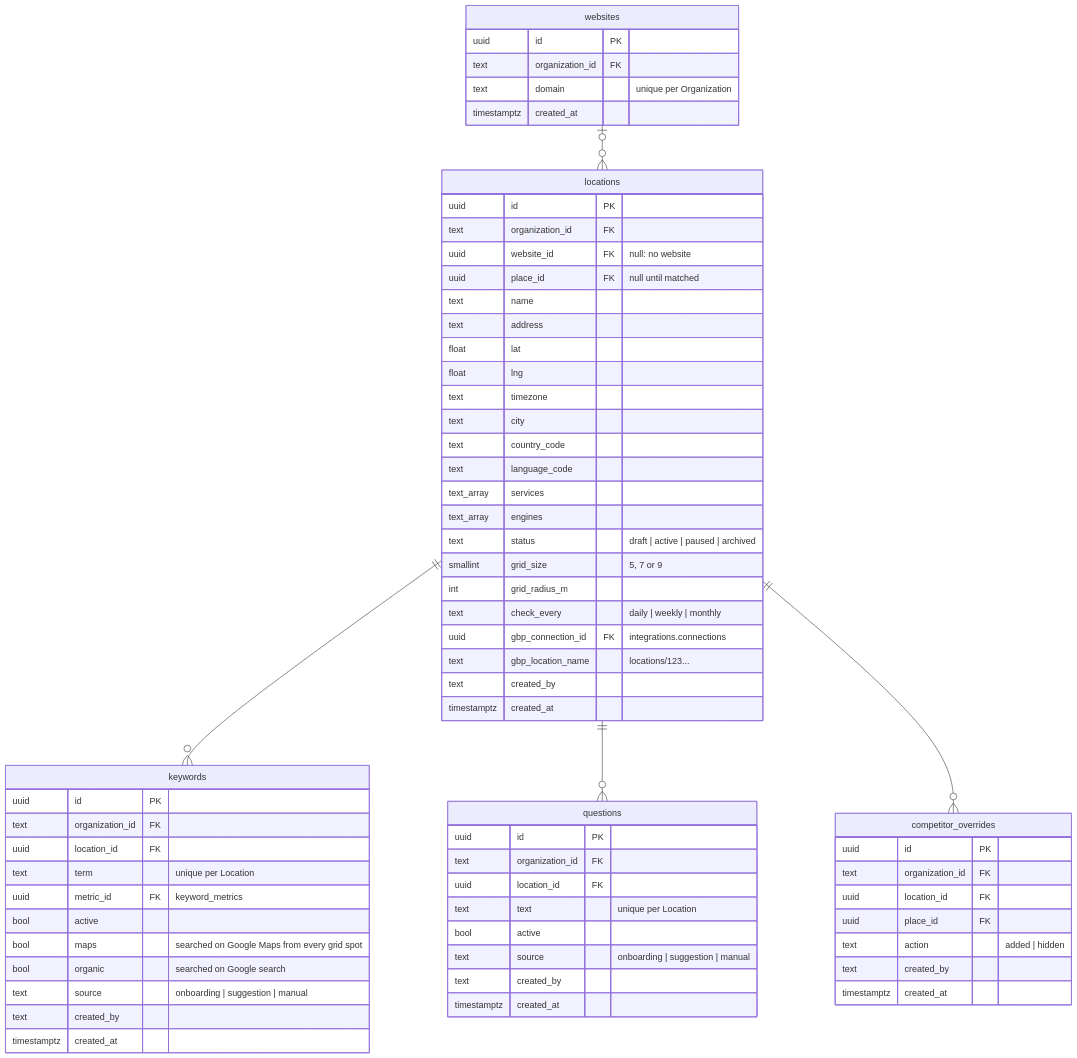
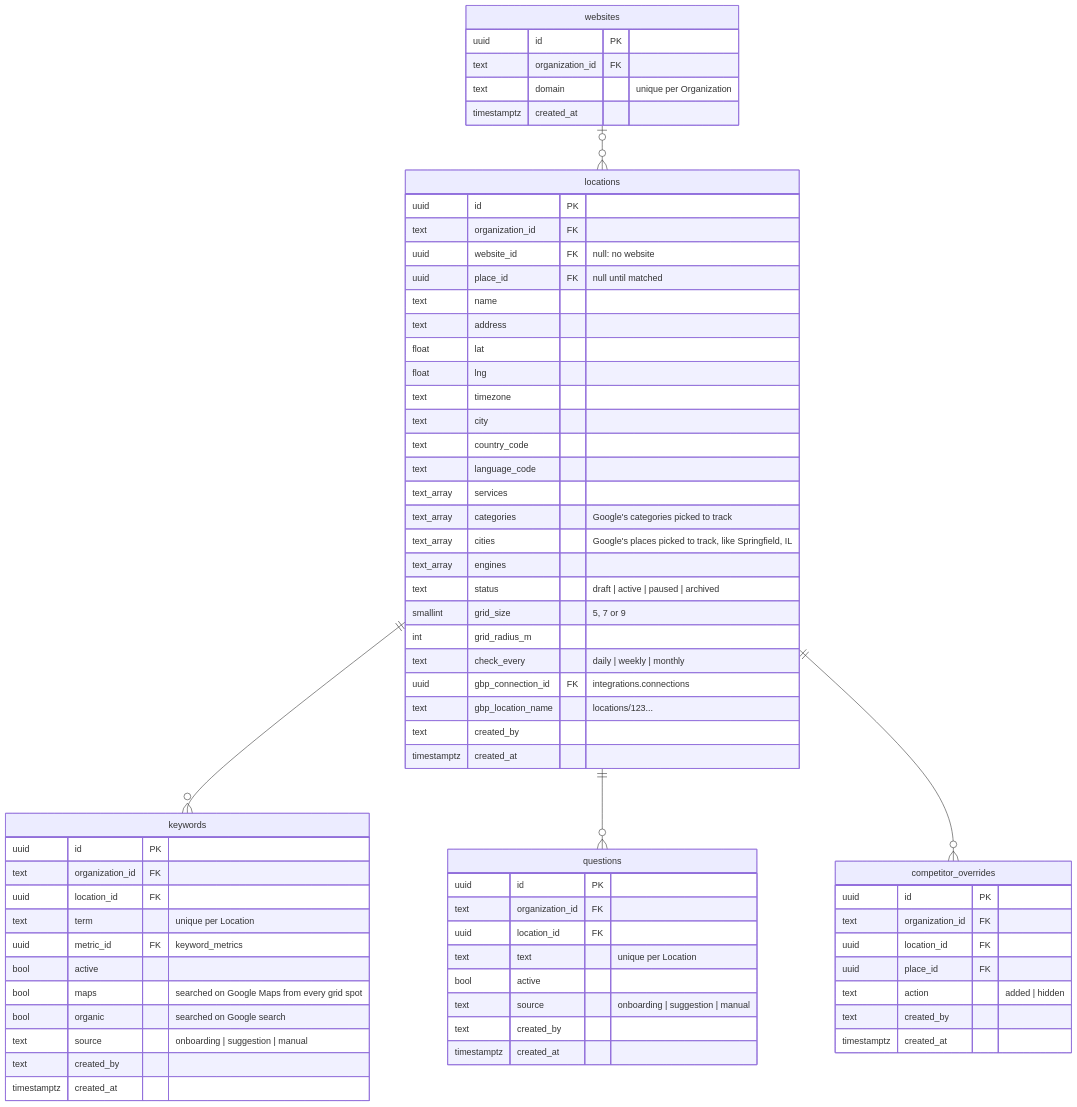
One commit to azizali/openmarko changed the third of 9 diagrams in docs/features/seo/data-model.md. Above: the diagram before and after it, drawn with Mermaid. The commit also changed 19 other files, not shown here.

````diff
--- a/docs/features/seo/data-model.md
+++ b/docs/features/seo/data-model.md
@@ -140,70 +140,72 @@
 ```mermaid
 erDiagram
     websites |o--o{ locations : ""
     locations ||--o{ keywords : ""
     locations ||--o{ questions : ""
     locations ||--o{ competitor_overrides : ""
 
     websites {
         uuid id PK
         text organization_id FK
         text domain "unique per Organization"
         timestamptz created_at
     }
     locations {
         uuid id PK
         text organization_id FK
         uuid website_id FK "null: no website"
         uuid place_id FK "null until matched"
         text name
         text address
         float lat
         float lng
         text timezone
         text city
         text country_code
         text language_code
         text_array services
+        text_array categories "Google's categories picked to track"
+        text_array cities "Google's places picked to track, like Springfield, IL"
         text_array engines
         text status "draft | active | paused | archived"
         smallint grid_size "5, 7 or 9"
         int grid_radius_m
         text check_every "daily | weekly | monthly"
         uuid gbp_connection_id FK "integrations.connections"
         text gbp_location_name "locations/123..."
         text created_by
         timestamptz created_at
     }
     keywords {
         uuid id PK
         text organization_id FK
         uuid location_id FK
         text term "unique per Location"
         uuid metric_id FK "keyword_metrics"
         bool active
         bool maps "searched on Google Maps from every grid spot"
         bool organic "searched on Google search"
         text source "onboarding | suggestion | manual"
         text created_by
         timestamptz created_at
     }
     questions {
         uuid id PK
         text organization_id FK
         uuid location_id FK
         text text "unique per Location"
         bool active
         text source "onboarding | suggestion | manual"
         text created_by
         timestamptz created_at
     }
     competitor_overrides {
         uuid id PK
         text organization_id FK
         uuid location_id FK
         uuid place_id FK
         text action "added | hidden"
         text created_by
         timestamptz created_at
     }
 ```
````
